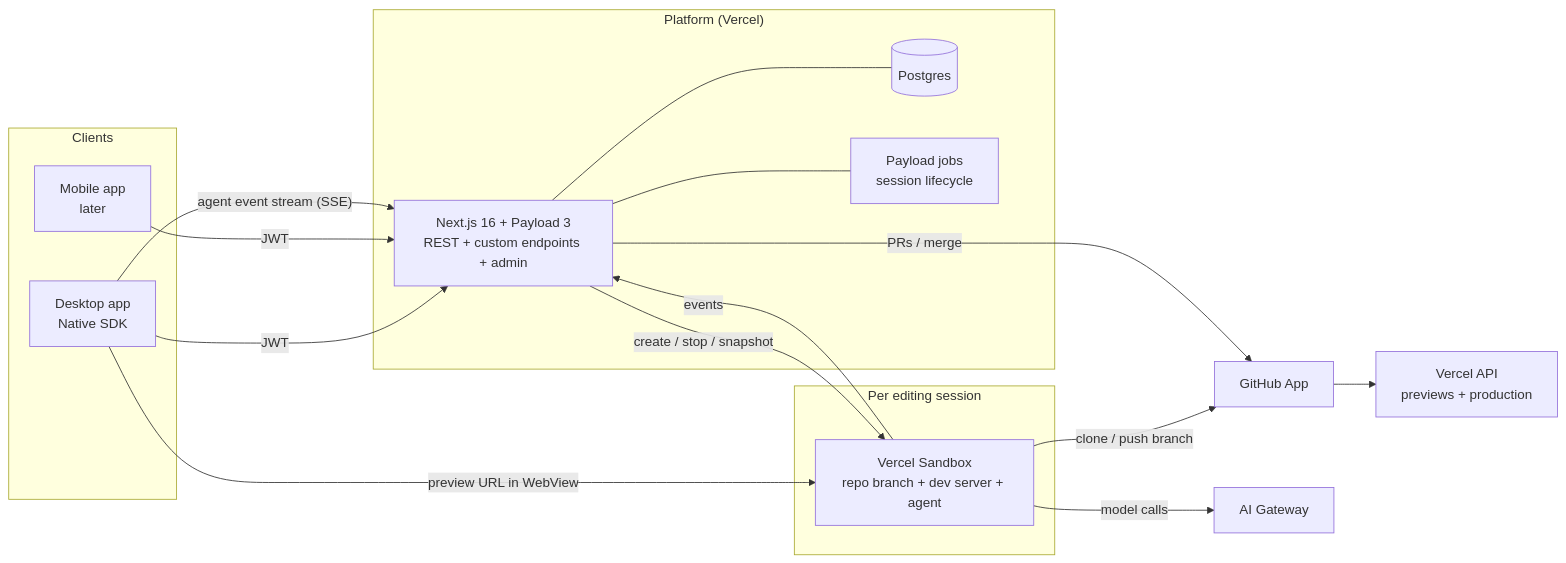
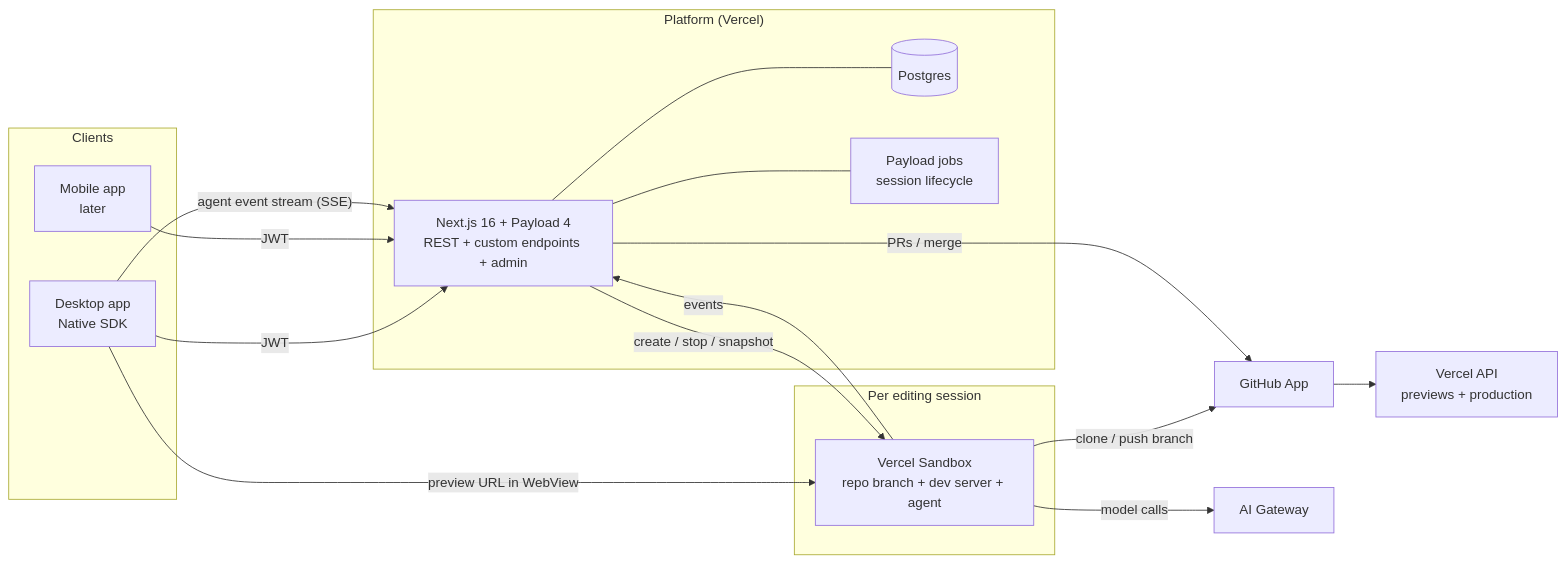
The first of 2 diagrams in docs/architecture.md (sitekickcodes/sitekick), drawn with Mermaid before and after one commit. The commit also changed other lines of this file and 17 other files, not shown here.

First line of the commit message:
Upgrade the platform to Payload 4.0.0-beta.3 and Next 16.4.2

````diff
--- a/docs/architecture.md
+++ b/docs/architecture.md
@@ -60,31 +60,31 @@
 ```mermaid
 flowchart LR
   subgraph Clients
     D[Desktop app<br/>Native SDK]
     M[Mobile app<br/>later]
   end
   subgraph Platform["Platform (Vercel)"]
-    P[Next.js 16 + Payload 3<br/>REST + custom endpoints + admin]
+    P[Next.js 16 + Payload 4<br/>REST + custom endpoints + admin]
     DB[(Postgres)]
     J[Payload jobs<br/>session lifecycle]
   end
   subgraph Session["Per editing session"]
     S[Vercel Sandbox<br/>repo branch + dev server + agent]
   end
   GH[GitHub App]
   V[Vercel API<br/>previews + production]
   AI[AI Gateway]
 
   D -- JWT --> P
   M -- JWT --> P
   P --- DB
   P --- J
   P -- create / stop / snapshot --> S
   D -- preview URL in WebView --> S
   D -- agent event stream (SSE) --> P
   S -- events --> P
   S -- clone / push branch --> GH
   S -- model calls --> AI
   P -- PRs / merge --> GH
   GH --> V
 ```
````
